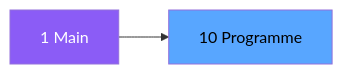
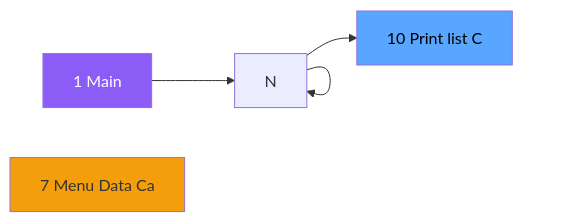
One commit to thonyAGP/magic-migration changed the second of 3 diagrams in .openspec/specs/ADH-IDE-10.md. Above: the diagram before and after it, drawn with Mermaid. The commit also changed other lines of this file and 323 other files, not shown here.

````diff
--- a/.openspec/specs/ADH-IDE-10.md
+++ b/.openspec/specs/ADH-IDE-10.md
@@ -98,8 +106,13 @@
 ```mermaid
 graph LR
     M[1 Main]
-    T[10 Programme]
-    M --> T
+    N7[7 Menu Data Ca]
+    T[10 Print list C]
+    M --> N
+    N --> N
+    N --> N
+    N --> T
     style M fill:#8b5cf6,color:#fff
+    style N7 fill:#f59e0b
     style T fill:#58a6ff,color:#000
 ```
````
